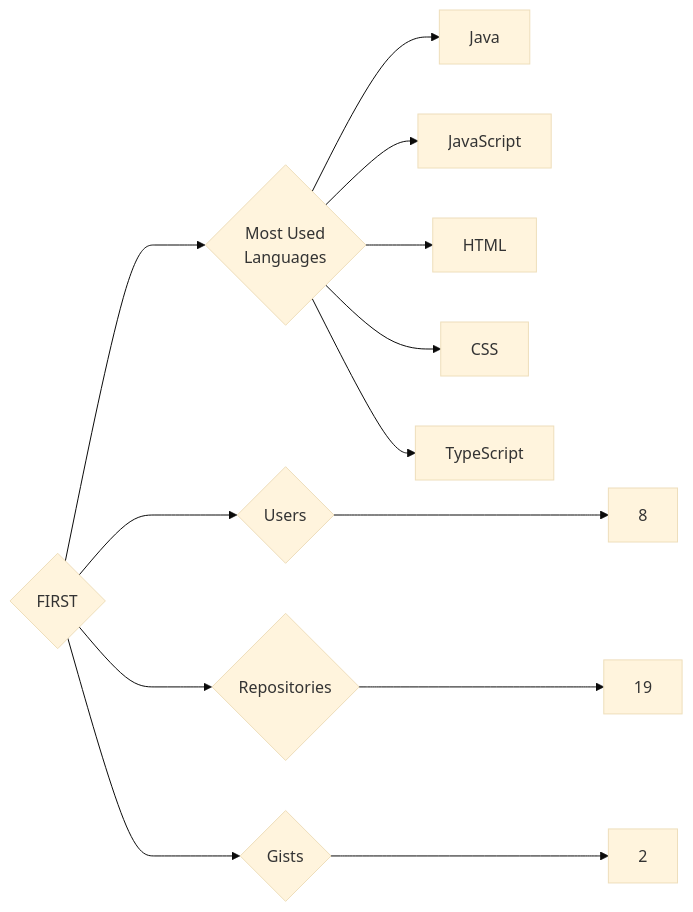
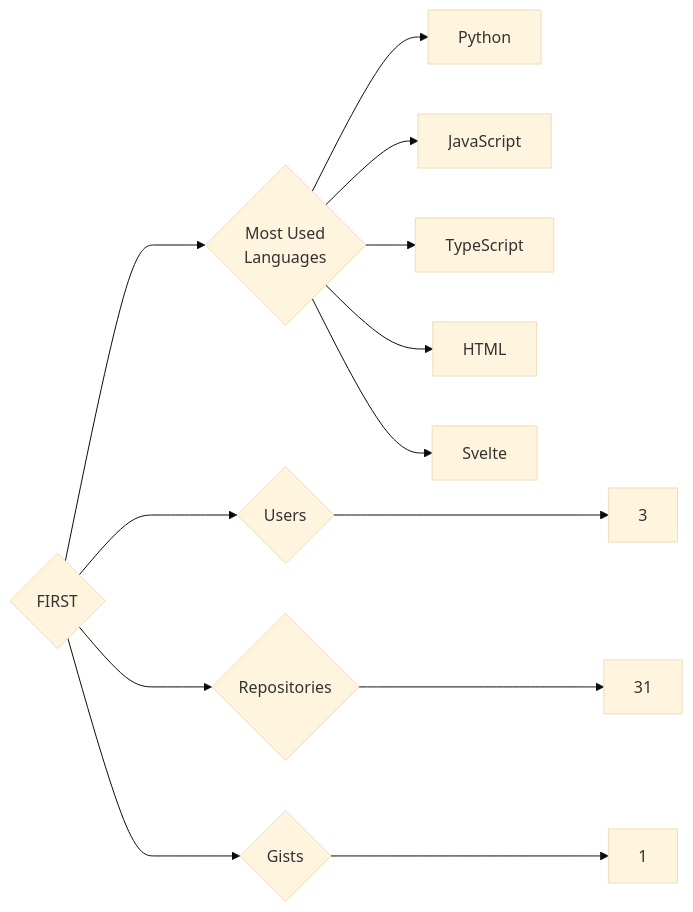
One commit to trickest/insiders changed the diagram in targets/FIRST/README.md. Above: the diagram before and after it, drawn with Mermaid (base theme). The commit also changed 1212 other files, not shown here.

````diff
--- a/targets/FIRST/README.md
+++ b/targets/FIRST/README.md
@@ -3,13 +3,13 @@
 ```mermaid
 graph LR
 COMPANY_NAME{FIRST}
-COMPANY_NAME ---> U{Users} ---> UN[8]
-COMPANY_NAME ---> R{Repositories} ---> RN[19]
-COMPANY_NAME ---> G{Gists} ---> GN[2]
+COMPANY_NAME ---> U{Users} ---> UN[3]
+COMPANY_NAME ---> R{Repositories} ---> RN[31]
+COMPANY_NAME ---> G{Gists} ---> GN[1]
 COMPANY_NAME ---> ML{Most Used<br>Languages}
-ML --> Java[Java]
+ML --> Python[Python]
 ML --> JavaScript[JavaScript]
+ML --> TypeScript[TypeScript]
 ML --> HTML[HTML]
-ML --> CSS[CSS]
-ML --> TypeScript[TypeScript]
+ML --> Svelte[Svelte]
 ```
````
